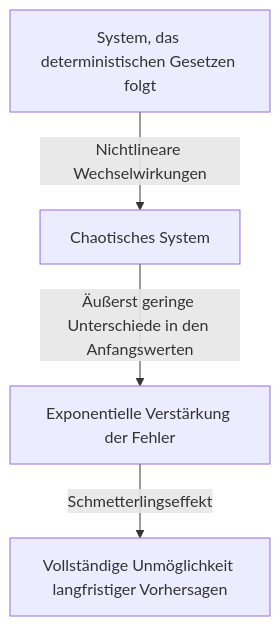
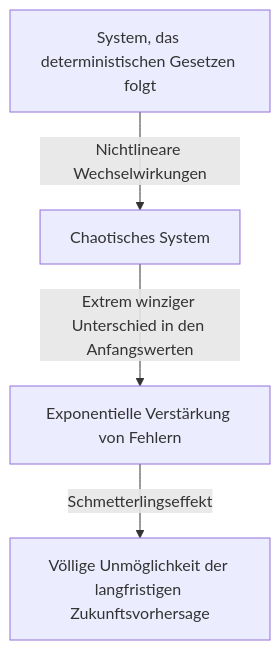
The first of 2 diagrams in content/post/chaos-theory/index.de.md (kenjinote/blog), drawn with Mermaid before and after one commit. The commit also changed other lines of this file and 97 other files, not shown here.

````diff
--- a/content/post/chaos-theory/index.de.md
+++ b/content/post/chaos-theory/index.de.md
@@ -38,6 +38,6 @@
 ```mermaid
 graph TD
     A["System, das deterministischen Gesetzen folgt"] -->|"Nichtlineare Wechselwirkungen"| B["Chaotisches System"]
-    B -->|"Äußerst geringe Unterschiede in den Anfangswerten"| C["Exponentielle Verstärkung der Fehler"]
-    C -->|"Schmetterlingseffekt"| D["Vollständige Unmöglichkeit langfristiger Vorhersagen"]
+    B -->|"Extrem winziger Unterschied in den Anfangswerten"| C["Exponentielle Verstärkung von Fehlern"]
+    C -->|"Schmetterlingseffekt"| D["Völlige Unmöglichkeit der langfristigen Zukunftsvorhersage"]
 ```
````
